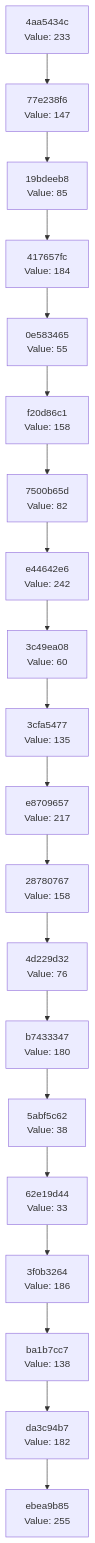
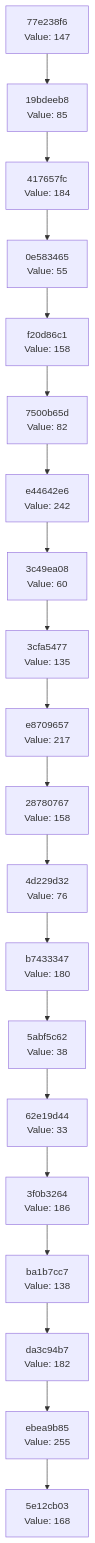
The diagram in docs/CHAIN_VISUALIZATION.md (Abhisheksinha1506/hash-chain-evolver), drawn with Mermaid before and after one commit. The commit also changed 3 other files, not shown here.

````diff
--- a/docs/CHAIN_VISUALIZATION.md
+++ b/docs/CHAIN_VISUALIZATION.md
@@ -3,42 +3,42 @@
 ```mermaid
 graph TD
-    C0["ebea9b85<br/>Value: 255"]
-    C1["da3c94b7<br/>Value: 182"]
+    C0["5e12cb03<br/>Value: 168"]
+    C1["ebea9b85<br/>Value: 255"]
     C1 --> C0
-    C2["ba1b7cc7<br/>Value: 138"]
+    C2["da3c94b7<br/>Value: 182"]
     C2 --> C1
-    C3["3f0b3264<br/>Value: 186"]
+    C3["ba1b7cc7<br/>Value: 138"]
     C3 --> C2
-    C4["62e19d44<br/>Value: 33"]
+    C4["3f0b3264<br/>Value: 186"]
     C4 --> C3
-    C5["5abf5c62<br/>Value: 38"]
+    C5["62e19d44<br/>Value: 33"]
     C5 --> C4
-    C6["b7433347<br/>Value: 180"]
+    C6["5abf5c62<br/>Value: 38"]
     C6 --> C5
-    C7["4d229d32<br/>Value: 76"]
+    C7["b7433347<br/>Value: 180"]
     C7 --> C6
-    C8["28780767<br/>Value: 158"]
+    C8["4d229d32<br/>Value: 76"]
     C8 --> C7
-    C9["e8709657<br/>Value: 217"]
+    C9["28780767<br/>Value: 158"]
     C9 --> C8
-    C10["3cfa5477<br/>Value: 135"]
+    C10["e8709657<br/>Value: 217"]
     C10 --> C9
-    C11["3c49ea08<br/>Value: 60"]
+    C11["3cfa5477<br/>Value: 135"]
     C11 --> C10
-    C12["e44642e6<br/>Value: 242"]
+    C12["3c49ea08<br/>Value: 60"]
     C12 --> C11
-    C13["7500b65d<br/>Value: 82"]
+    C13["e44642e6<br/>Value: 242"]
     C13 --> C12
-    C14["f20d86c1<br/>Value: 158"]
+    C14["7500b65d<br/>Value: 82"]
     C14 --> C13
-    C15["0e583465<br/>Value: 55"]
+    C15["f20d86c1<br/>Value: 158"]
     C15 --> C14
-    C16["417657fc<br/>Value: 184"]
+    C16["0e583465<br/>Value: 55"]
     C16 --> C15
-    C17["19bdeeb8<br/>Value: 85"]
+    C17["417657fc<br/>Value: 184"]
     C17 --> C16
-    C18["77e238f6<br/>Value: 147"]
+    C18["19bdeeb8<br/>Value: 85"]
     C18 --> C17
-    C19["4aa5434c<br/>Value: 233"]
+    C19["77e238f6<br/>Value: 147"]
     C19 --> C18
 ```
````
